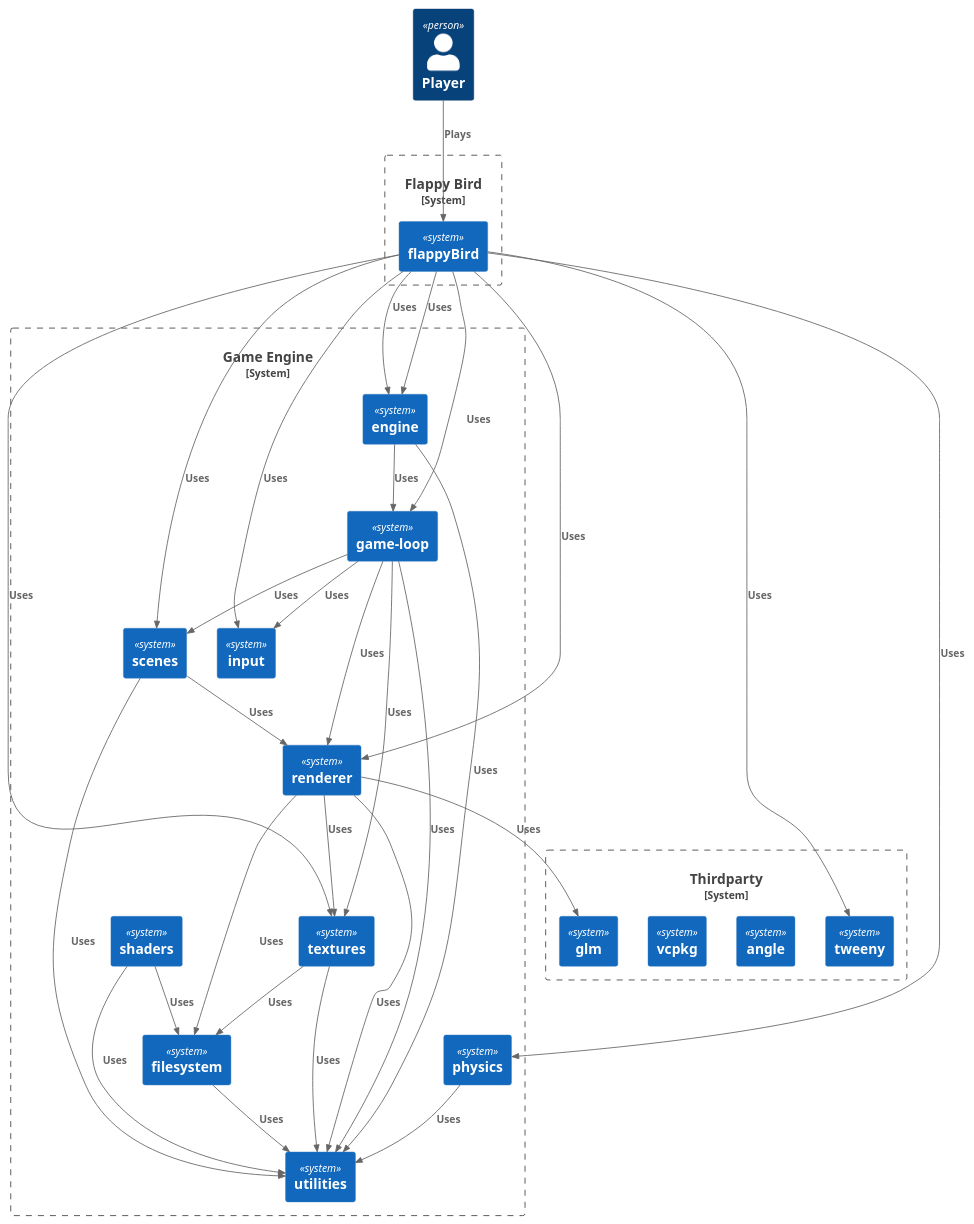
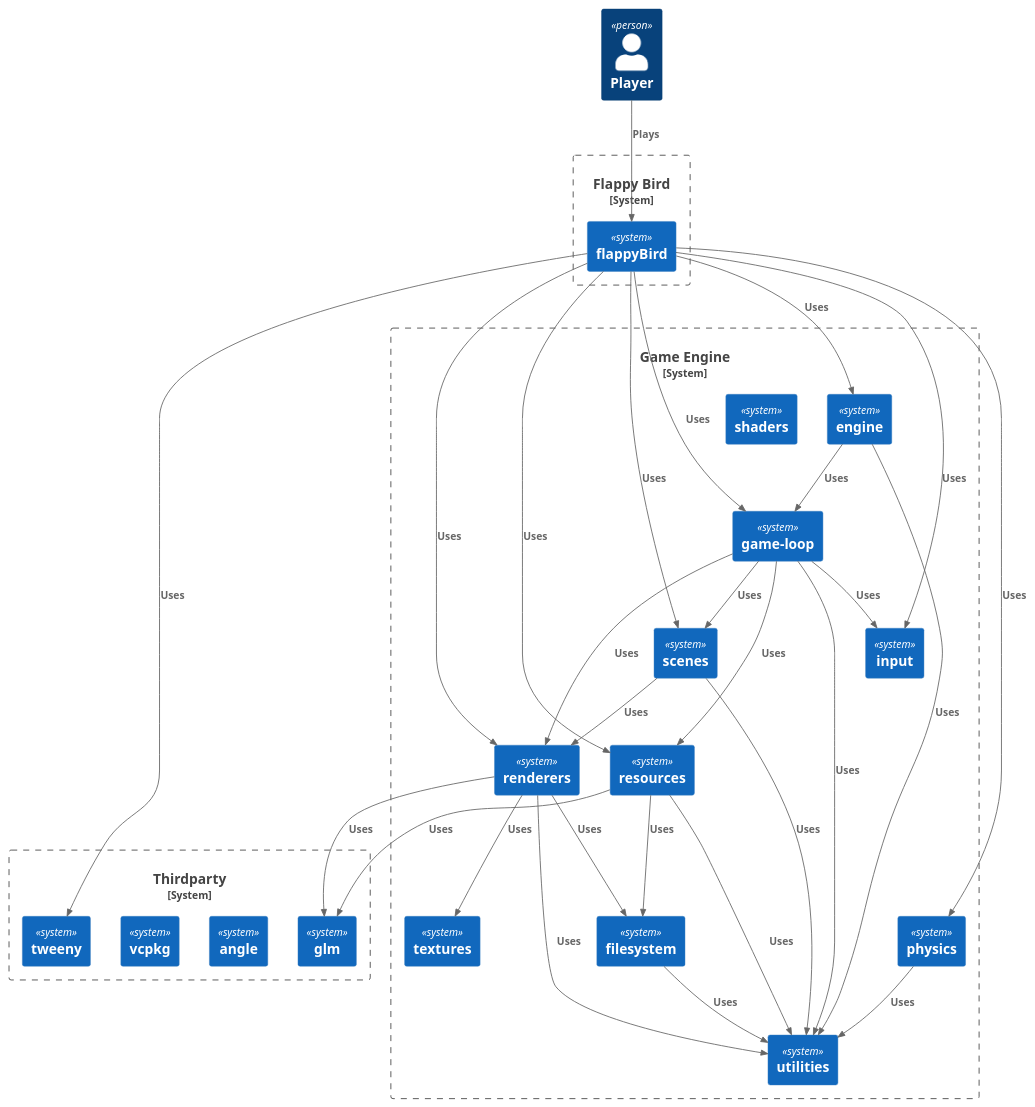
Before and after one commit to johanlindfors/GameEngineSandbox: the diagram in docs/component.pu, drawn with PlantUML. The commit also changed 2 other files, not shown here.

```diff
--- a/docs/component.pu
+++ b/docs/component.pu
@@ -1,69 +1,67 @@
 @startuml GameEngineSandbox
 !include https://raw.githubusercontent.com/plantuml-stdlib/C4-PlantUML/master/C4_Component.puml
 
 Person(player, "Player")
 
 System_Boundary(game, "Flappy Bird") {
     System(flappyBird, "flappyBird")
 }
 
 System_Boundary(engine, "Game Engine") {
     System(application, "engine")
     System(input, "input")
     System(gameLoop, "game-loop")
     System(filesystem, "filesystem")
     System(physics, "physics")
-    System(renderer, "renderer")
+    System(renderers, "renderers")
+    System(resources, "resources")
     System(scenes, "scenes")
     System(shaders, "shaders")
     System(textures, "textures")
     System(utilities, "utilities")
 }
 
 System_Boundary(thirdparty, "Thirdparty") {
     System(glm, "glm")
     System(angle, "angle")
     System(vcpkg, "vcpkg")
     System(tweeny, "tweeny")
 }
 
 Rel(player, flappyBird, Plays)
 
 Rel(flappyBird, application, Uses)
-Rel(flappyBird, application, Uses)
 Rel(flappyBird, gameLoop, Uses)
-Rel(flappyBird, renderer, Uses)
-Rel(flappyBird, textures, Uses)
+Rel(flappyBird, renderers, Uses)
+Rel(flappyBird, resources, Uses)
 Rel(flappyBird, input, Uses)
 Rel(flappyBird, scenes, Uses)
 Rel(flappyBird, physics, Uses)
 Rel(flappyBird, tweeny, Uses)
 
 Rel(application, gameLoop, Uses)
 Rel(application, utilities, Uses)
 
 Rel(filesystem, utilities, Uses)
 
-Rel(scenes, renderer, Uses)
-Rel(scenes, utilities, Uses)
-
+Rel(gameLoop, input, Uses)
+Rel(gameLoop, renderers, Uses)
+Rel(gameLoop, resources, Uses)
+Rel(gameLoop, scenes, Uses)
 Rel(gameLoop, utilities, Uses)
-Rel(gameLoop, scenes, Uses)
-Rel(gameLoop, input, Uses)
-Rel(gameLoop, textures, Uses)
-Rel(gameLoop, renderer, Uses)
 
 Rel(physics, utilities, Uses)
 
-Rel(renderer, utilities, Uses)
-Rel(renderer, filesystem, Uses)
-Rel(renderer, textures, Uses)
-Rel(renderer, glm, Uses)
+Rel(resources, utilities, Uses)
+Rel(resources, filesystem, Uses)
+Rel(resources, glm, Uses)
 
-Rel(shaders, utilities, Uses)
-Rel(shaders, filesystem, Uses)
+Rel(scenes, renderers, Uses)
+Rel(scenes, utilities, Uses)
 
-Rel(textures, utilities, Uses)
-Rel(textures, filesystem, Uses)
+Rel(renderers, utilities, Uses)
+Rel(renderers, filesystem, Uses)
+Rel(renderers, textures, Uses)
+Rel(renderers, glm, Uses)
 
 @enduml
```
